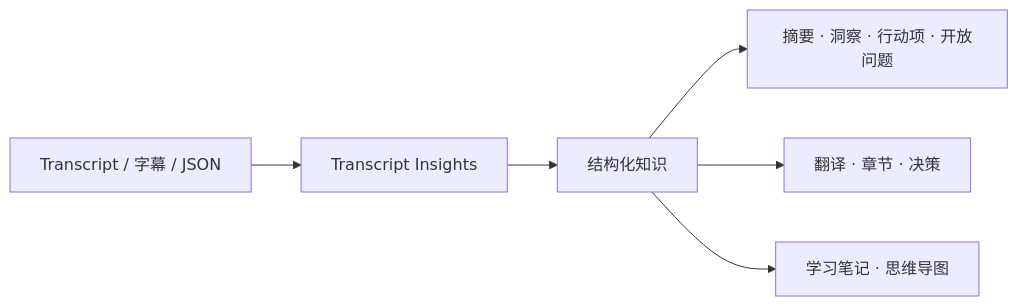
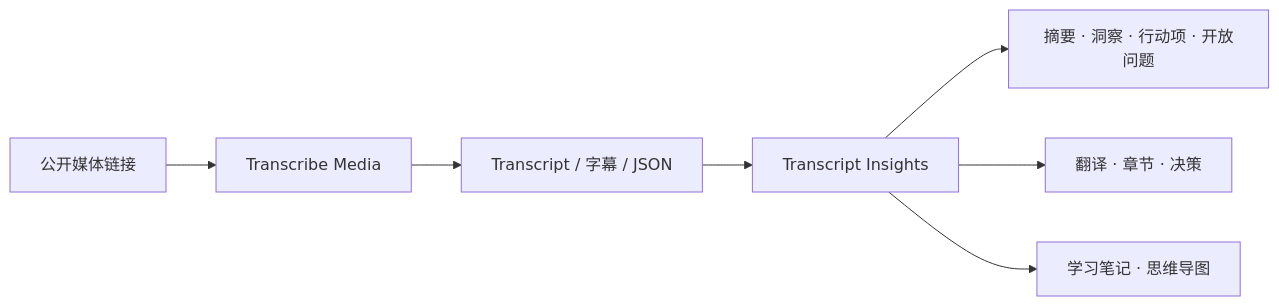
One commit to VideoTranscriberAI/videotranscriber-skills changed the diagram in README_zh.md. Above: the diagram before and after it, drawn with Mermaid. The commit also changed other lines of this file and 13 other files, not shown here.

Commit message:
feat add transcribe media skill

````diff
--- a/README_zh.md
+++ b/README_zh.md
@@ -33,8 +46,9 @@
 ```mermaid
 flowchart LR
-    A["Transcript / 字幕 / JSON"] --> B["Transcript Insights"]
-    B --> C["结构化知识"]
-    C --> D["摘要 · 洞察 · 行动项 · 开放问题"]
-    C --> E["翻译 · 章节 · 决策"]
-    C --> F["学习笔记 · 思维导图"]
+    A["公开媒体链接"] --> B["Transcribe Media"]
+    B --> C["Transcript / 字幕 / JSON"]
+    C --> D["Transcript Insights"]
+    D --> E["摘要 · 洞察 · 行动项 · 开放问题"]
+    D --> F["翻译 · 章节 · 决策"]
+    D --> G["学习笔记 · 思维导图"]
 ```
````
